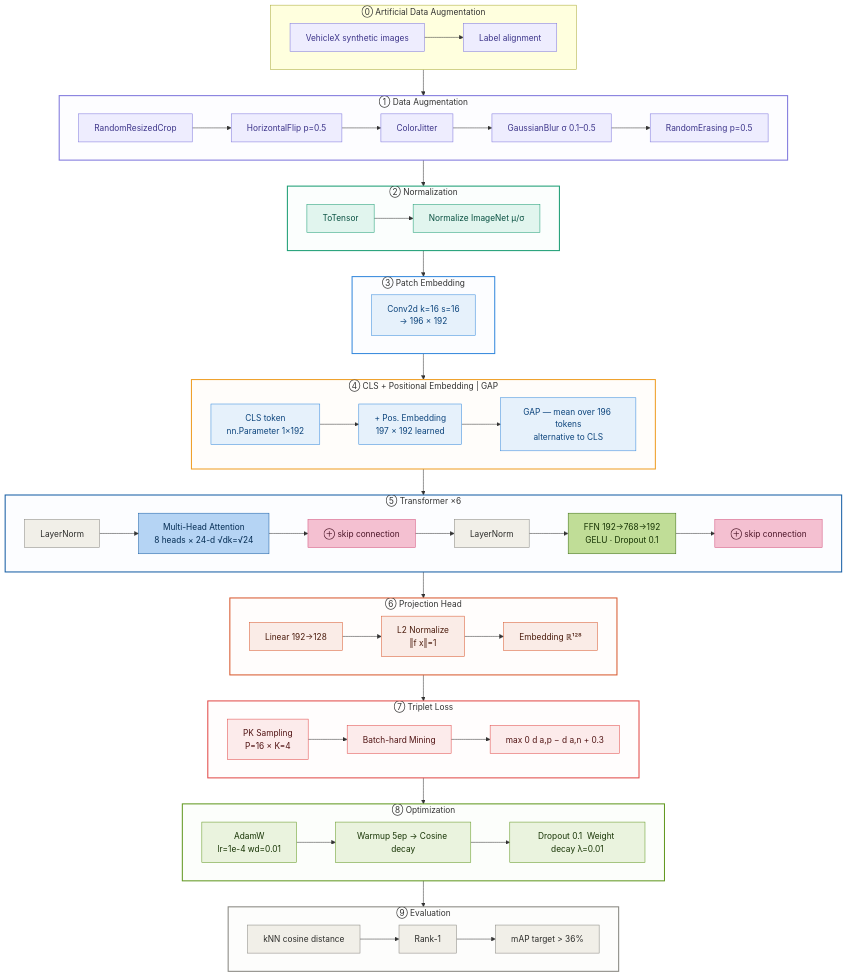
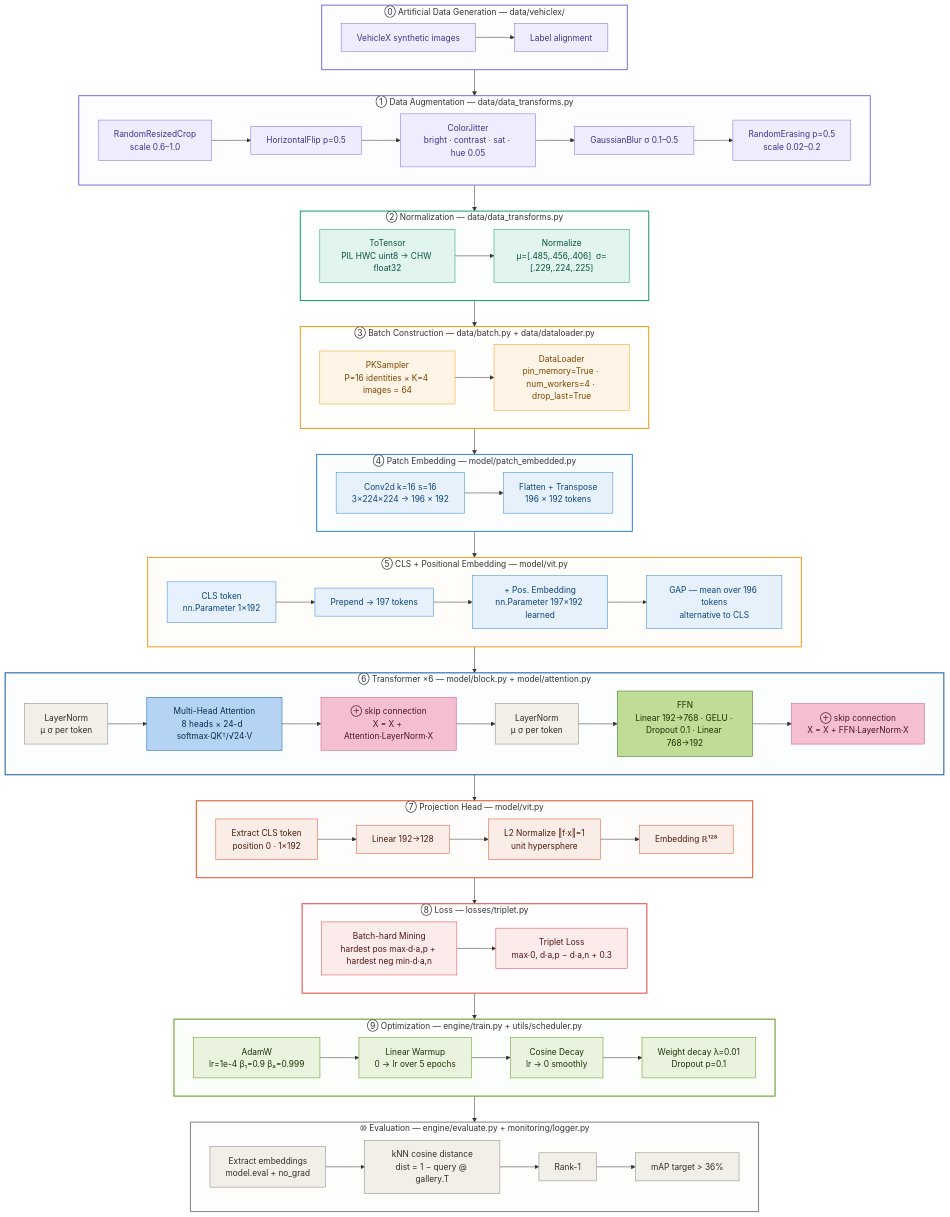
Before and after one commit to Volvert/INFO8010-DeepLearing: the diagram in README.md, drawn with Mermaid. The commit also changed other lines of this file, not shown here.

```diff
--- a/README.md
+++ b/README.md
@@ -113,6 +116,7 @@
     classDef araug fill:#EEEDFE,stroke:#7F77DD,color:#3C3489
     classDef aug fill:#EEEDFE,stroke:#7F77DD,color:#3C3489
     classDef norm fill:#E1F5EE,stroke:#1D9E75,color:#085041
+    classDef batch fill:#FFF4E5,stroke:#E8A020,color:#7A4500
     classDef model fill:#E6F1FB,stroke:#378ADD,color:#0C447C
     classDef attn fill:#B5D4F4,stroke:#185FA5,color:#042C53
     classDef ffn fill:#C0DD97,stroke:#3B6D11,color:#173404
@@ -122,80 +126,93 @@
     classDef eval fill:#F1EFE8,stroke:#888780,color:#2C2C2A
     classDef skip fill:#F4C0D1,stroke:#D4537E,color:#4B1528
 
-    subgraph AA["⓪ Artificial Data Augmentation"]
+    subgraph AA["⓪ Artificial Data Generation — data/vehiclex/"]
         AA1["VehicleX synthetic images"]:::araug
         AA2["Label alignment"]:::araug
         AA1-->AA2
     end
 
-    subgraph DA["① Data Augmentation"]
-        A1["RandomResizedCrop"]:::aug
+    subgraph DA["① Data Augmentation — data/data_transforms.py"]
+        A1["RandomResizedCrop\nscale 0.6–1.0"]:::aug
         A2["HorizontalFlip p=0.5"]:::aug
-        A3["ColorJitter"]:::aug
+        A3["ColorJitter\nbright · contrast · sat · hue 0.05"]:::aug
         A4["GaussianBlur σ 0.1–0.5"]:::aug
-        A5["RandomErasing p=0.5"]:::aug
+        A5["RandomErasing p=0.5\nscale 0.02–0.2"]:::aug
         A1-->A2-->A3-->A4-->A5
     end
 
-    subgraph NO["② Normalization"]
-        B1["ToTensor"]:::norm
-        B2["Normalize ImageNet μ/σ"]:::norm
+    subgraph NO["② Normalization — data/data_transforms.py"]
+        B1["ToTensor\nPIL HWC uint8 → CHW float32"]:::norm
+        B2["Normalize\nμ=[.485,.456,.406]  σ=[.229,.224,.225]"]:::norm
         B1-->B2
     end
 
-    subgraph PE["③ Patch Embedding"]
-        C1["Conv2d k=16 s=16\n→ 196 × 192"]:::model
+    subgraph BA["③ Batch Construction — data/batch.py + data/dataloader.py"]
+        BA1["PKSampler\nP=16 identities × K=4 images = 64"]:::batch
+        BA2["DataLoader\npin_memory=True · num_workers=4 · drop_last=True"]:::batch
+        BA1-->BA2
     end
 
-    subgraph CLS["④ CLS + Positional Embedding | GAP"]
-        D1["CLS token\nnn.Parameter 1×192"]:::model
-        D2["+ Pos. Embedding\n197 × 192 learned"]:::model
-        D3["GAP — mean over 196 tokens\nalternative to CLS"]:::model
-        D1-->D2-->D3
+    subgraph PE["④ Patch Embedding — model/patch_embedded.py"]
+        C1["Conv2d k=16 s=16\n3×224×224 → 196 × 192"]:::model
+        C2["Flatten + Transpose\n196 × 192 tokens"]:::model
+        C1-->C2
     end
 
-    subgraph TR["⑤ Transformer ×6"]
-        E1["LayerNorm"]:::eval
-        E2["Multi-Head Attention\n8 heads × 24-d  √dk=√24"]:::attn
-        E3["⊕ skip connection"]:::skip
-        E4["LayerNorm"]:::eval
-        E5["FFN  192→768→192\nGELU · Dropout 0.1"]:::ffn
-        E6["⊕ skip connection"]:::skip
+    subgraph CLS["⑤ CLS + Positional Embedding — model/vit.py"]
+        D1["CLS token\nnn.Parameter 1×192"]:::model
+        D2["Prepend → 197 tokens"]:::model
+        D3["+ Pos. Embedding\nnn.Parameter 197×192 learned"]:::model
+        D4["GAP — mean over 196 tokens\nalternative to CLS"]:::model
+        D1-->D2-->D3-->D4
+    end
+
+    subgraph TR["⑥ Transformer ×6 — model/block.py + model/attention.py"]
+        E1["LayerNorm\nμ σ per token"]:::eval
+        E2["Multi-Head Attention\n8 heads × 24-d  softmax·QKᵀ/√24·V"]:::attn
+        E3["⊕ skip connection\nX = X + Attention·LayerNorm·X"]:::skip
+        E4["LayerNorm\nμ σ per token"]:::eval
+        E5["FFN\nLinear 192→768 · GELU · Dropout 0.1 · Linear 768→192"]:::ffn
+        E6["⊕ skip connection\nX = X + FFN·LayerNorm·X"]:::skip
         E1-->E2-->E3-->E4-->E5-->E6
     end
 
-    subgraph PH["⑥ Projection Head"]
-        F1["Linear 192→128"]:::head
-        F2["L2 Normalize\n‖f x‖=1"]:::head
-        F3["Embedding ℝ¹²⁸"]:::head
-        F1-->F2-->F3
+    subgraph PH["⑦ Projection Head — model/vit.py"]
+        F1["Extract CLS token\nposition 0 · 1×192"]:::head
+        F2["Linear 192→128"]:::head
+        F3["L2 Normalize  ‖f·x‖=1\nunit hypersphere"]:::head
+        F4["Embedding ℝ¹²⁸"]:::head
+        F1-->F2-->F3-->F4
     end
 
-    subgraph LO["⑦ Triplet Loss"]
-        G1["PK Sampling\nP=16 × K=4"]:::loss
-        G2["Batch-hard Mining"]:::loss
-        G3["max 0  d a,p − d a,n + 0.3"]:::loss
-        G1-->G2-->G3
+    subgraph LO["⑧ Loss — losses/triplet.py"]
+        G1["Batch-hard Mining\nhardest pos max·d·a,p + hardest neg min·d·a,n"]:::loss
+        G2["Triplet Loss\nmax·0, d·a,p − d·a,n + 0.3"]:::loss
+        G1-->G2
     end
 
-    subgraph OP["⑧ Optimization"]
-        H1["AdamW\nlr=1e-4  wd=0.01"]:::optim
-        H2["Warmup 5ep → Cosine decay"]:::optim
-        H3["Dropout 0.1  Weight decay λ=0.01"]:::optim
-        H1-->H2-->H3
+    subgraph OP["⑨ Optimization — engine/train.py + utils/scheduler.py"]
+        H1["AdamW\nlr=1e-4  β₁=0.9  β₂=0.999"]:::optim
+        H2["Linear Warmup\n0 → lr over 5 epochs"]:::optim
+        H3["Cosine Decay\nlr → 0 smoothly"]:::optim
+        H4["Weight decay λ=0.01\nDropout p=0.1"]:::optim
+        H1-->H2-->H3-->H4
     end
 
-    subgraph EV["⑨ Evaluation"]
-        I1["kNN cosine distance"]:::eval
-        I2["Rank-1"]:::eval
-        I3["mAP  target > 36%"]:::eval
-        I1-->I2-->I3
+    subgraph EV["⑩ Evaluation — engine/evaluate.py + monitoring/logger.py"]
+        I1["Extract embeddings\nmodel.eval + no_grad"]:::eval
+        I2["kNN cosine distance\ndist = 1 − query @ gallery.T"]:::eval
+        I3["Rank-1"]:::eval
+        I4["mAP  target > 36%"]:::eval
+        I1-->I2-->I3-->I4
     end
 
-    AA-->DA-->NO-->PE-->CLS-->TR-->PH-->LO-->OP-->EV
+    AA-->DA-->NO-->BA-->PE-->CLS-->TR-->PH-->LO-->OP-->EV
 
+    style AA fill:#EEEDFE22,stroke:#7F77DD,stroke-width:2px
     style DA fill:#EEEDFE22,stroke:#7F77DD,stroke-width:2px
     style NO fill:#E1F5EE22,stroke:#1D9E75,stroke-width:2px
+    style BA fill:#FFF4E522,stroke:#E8A020,stroke-width:2px
     style PE fill:#E6F1FB22,stroke:#378ADD,stroke-width:2px
     style CLS fill:#FAEEDA22,stroke:#EF9F27,stroke-width:2px
     style TR fill:#E6F1FB22,stroke:#185FA5,stroke-width:2px
```
